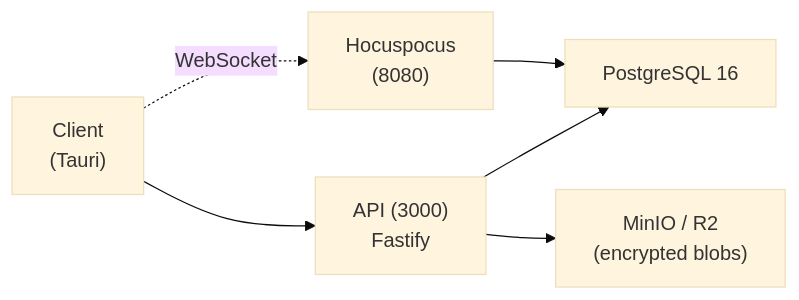
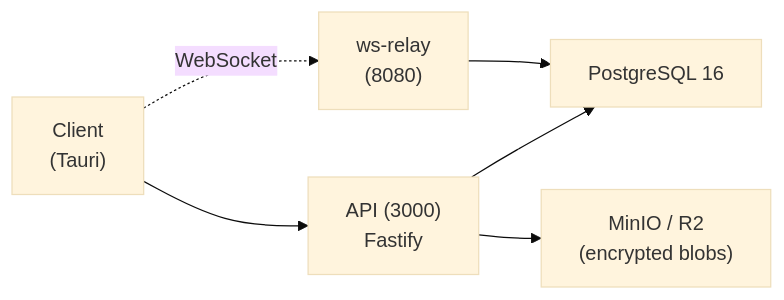
The diagram in README.md (Beaver-Notes/Beaver-Sync), drawn with Mermaid (base theme) before and after one commit. The commit also changed other lines of this file and 9 other files, not shown here.

````diff
--- a/README.md
+++ b/README.md
@@ -7,12 +7,12 @@
 ```mermaid
 flowchart LR
     Client["Client<br/>(Tauri)"] --> API["API (3000)<br/>Fastify"]
 
     API --> DB["PostgreSQL 16"]
 
-    Client -. WebSocket .-> Hocuspocus["Hocuspocus<br/>(8080)"]
+    Client -. WebSocket .-> Relay["ws-relay<br/>(8080)"]
 
-    Hocuspocus --> DB
+    Relay --> DB
 
     API --> Storage["MinIO / R2<br/>(encrypted blobs)"]
 ```
````
